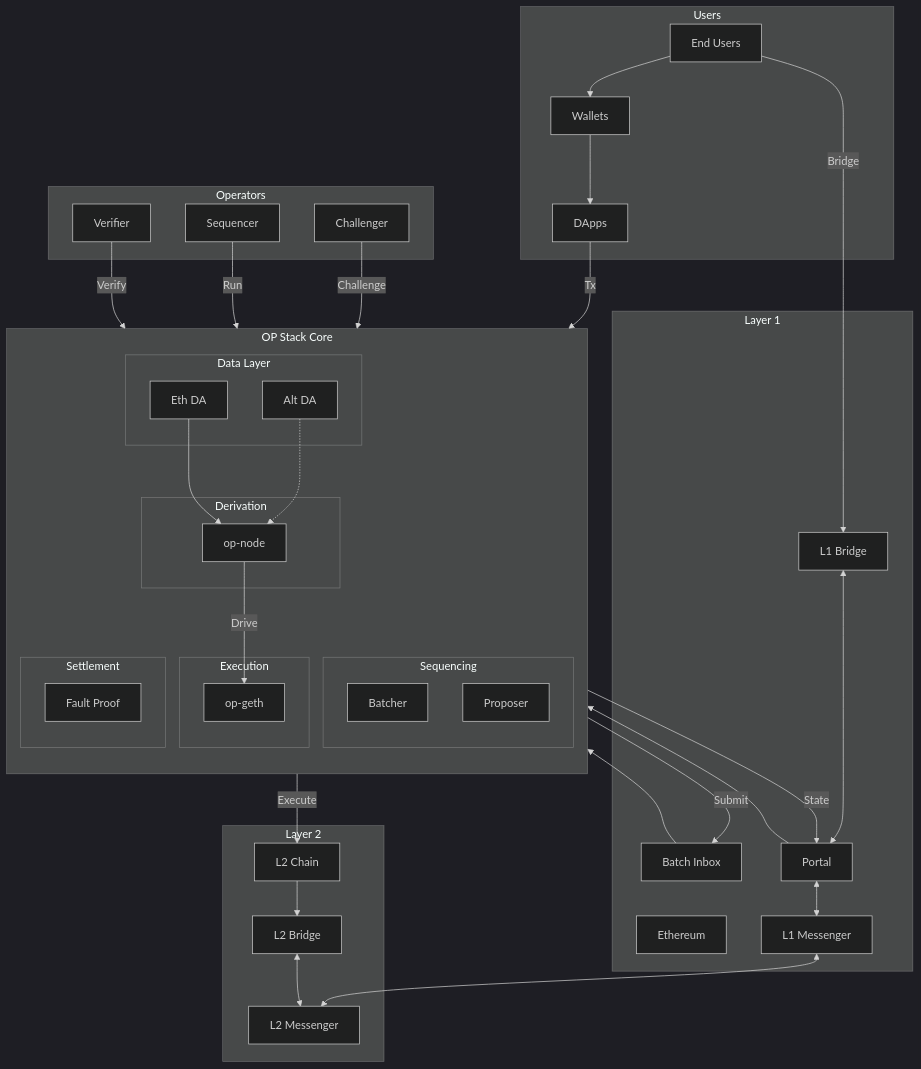
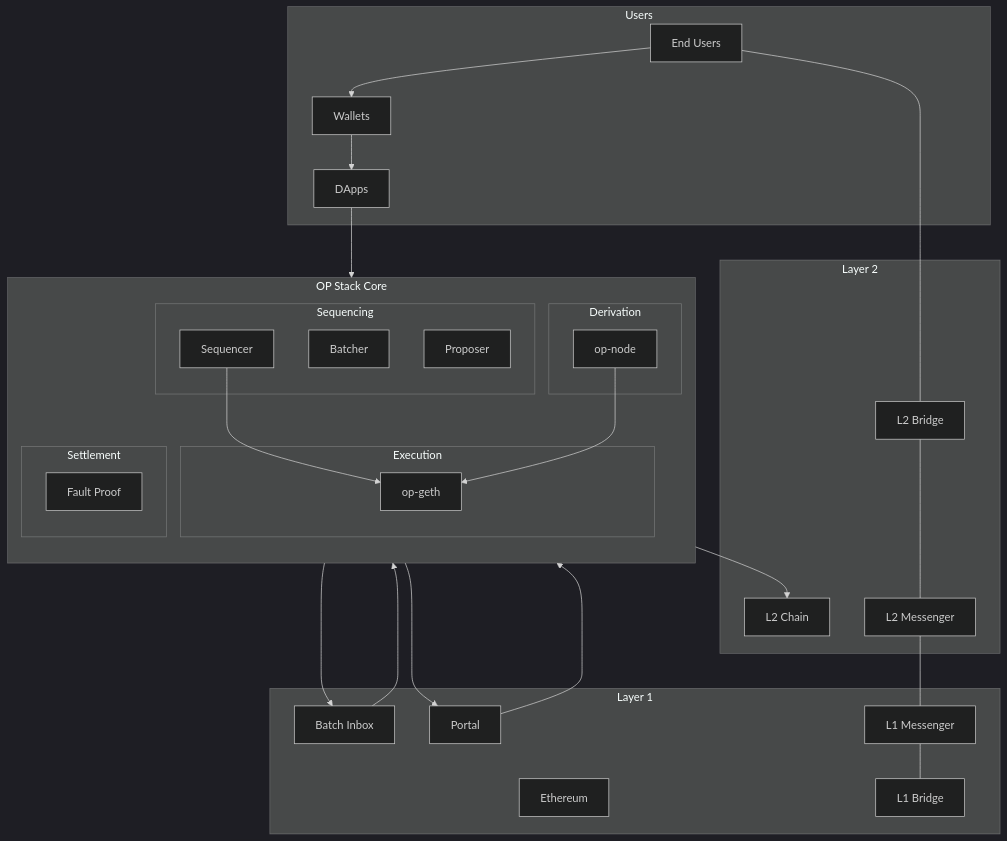
Before and after one commit to gmh5225/Optimism-Stack-Architecture: the diagram in README.md, drawn with Mermaid.

````diff
--- a/README.md
+++ b/README.md
@@ -4,82 +4,69 @@
 ```mermaid
 %%{init: {'theme': 'dark', 'themeVariables': { 'fontSize': '16px', 'fontFamily': 'arial' }}}%%
 graph TB
+    subgraph Users[Users]
+        End[End Users]
+        Apps[DApps]
+        Wallet[Wallets]
+    end
+
+    subgraph L2[Layer 2]
+        Chain[L2 Chain]
+        Bridge2[L2 Bridge]
+        Msg2[L2 Messenger]
+    end
+
+    subgraph Core[OP Stack Core]
+        direction TB
+        
+        subgraph SL[Sequencing]
+            Seq[Sequencer]
+            Batch[Batcher]
+            Prop[Proposer]
+        end
+        
+        subgraph EL[Execution]
+            Geth[op-geth]
+        end
+        
+        subgraph DL[Derivation]
+            Node[op-node]
+        end
+
+        subgraph ST[Settlement]
+            Proof[Fault Proof]
+        end
+    end
+
     subgraph L1[Layer 1]
         Eth[Ethereum]
         Inbox[Batch Inbox]
         Portal[Portal]
         Bridge1[L1 Bridge]
         Msg1[L1 Messenger]
     end
 
-    subgraph Core[OP Stack Core]
-        direction TB
-        
-        subgraph DA[Data Layer]
-            EthDA[Eth DA]
-            AltDA[Alt DA]
-        end
-        
-        subgraph DL[Derivation]
-            Node[op-node]
-        end
-        
-        subgraph EL[Execution]
-            Geth[op-geth]
-        end
-        
-        subgraph SL[Sequencing]
-            Batch[Batcher]
-            Prop[Proposer]
-        end
+    %% User Normal Transaction Flow
+    End --> Wallet
+    Wallet --> Apps
+    Apps --> Seq
+    Seq --> Geth
+    Geth --> Chain
 
-        subgraph ST[Settlement]
-            Proof[Fault Proof]
-        end
-    end
+    %% Batch Processing Flow
+    Batch --> Inbox
+    Node --> Geth
+    Prop --> Portal
 
-    subgraph L2[Layer 2]
-        Chain[L2 Chain]
-        Bridge2[L2 Bridge]
-        Msg2[L2 Messenger]
-    end
+    %% Bridge Flow
+    End --- Bridge2
+    Bridge2 --- Msg2
+    Msg2 --- Msg1
+    Msg1 --- Bridge1
 
-    subgraph Users[Users]
-        End[End Users]
-        Apps[DApps]
-        Wallet[Wallets]
-    end
-
-    subgraph Nodes[Operators]
-        Seq[Sequencer]
-        Ver[Verifier]
-        Chal[Challenger]
-    end
-
-    %% Key Flows
-    End --> Wallet --> Apps
-    Apps -->|Tx| Geth
-    End -->|Bridge| Bridge1
+    %% Verification
+    Portal --> Proof
     
-    Bridge1 <--> Portal
-    Portal <--> Msg1
-    Msg1 <--> Msg2
-    
-    Geth -->|Execute| Chain
-    Node -->|Drive| Geth
-    Batch -->|Submit| Inbox
+    %% L1 Data
     Inbox --> Node
-    
-    Prop -->|State| Portal
-    Portal --> Proof
-    Chal -->|Challenge| Proof
-    
-    EthDA --> Node
-    AltDA -.-> Node
-    
-    Seq -->|Run| Geth
-    Ver -->|Verify| Node
-
-    Chain --> Bridge2
-    Bridge2 <--> Msg2
 ```
````
